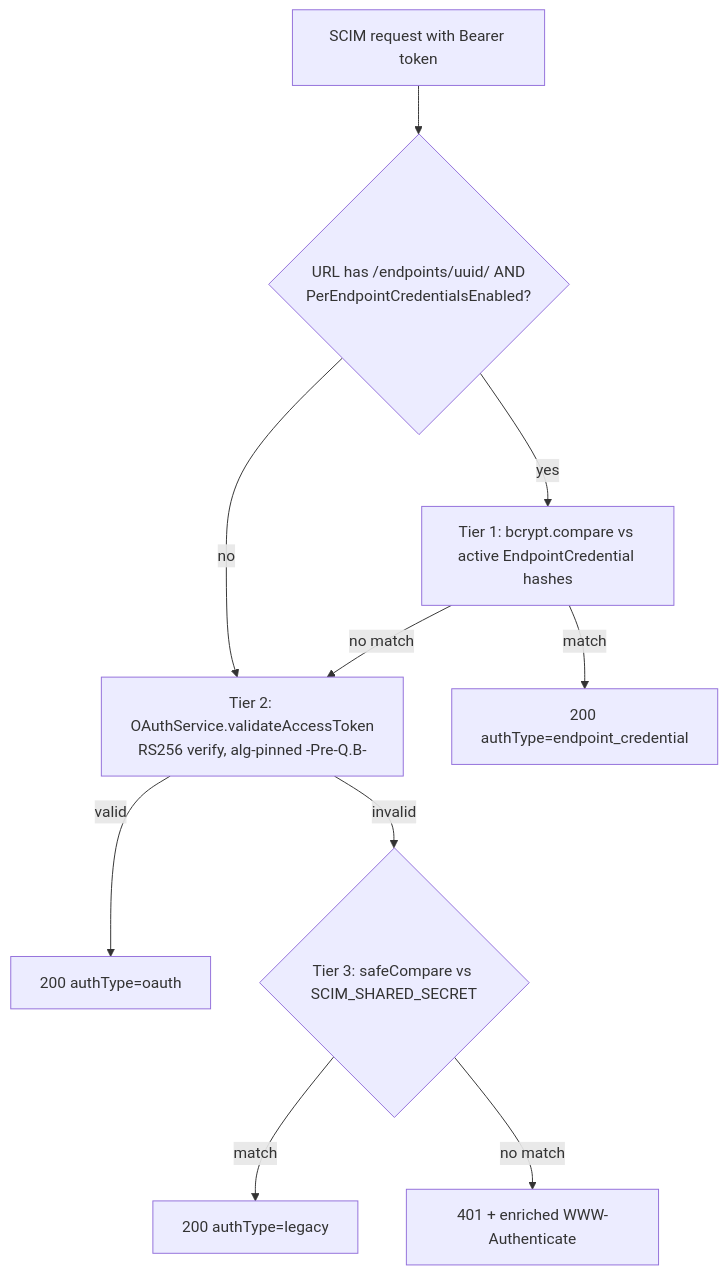
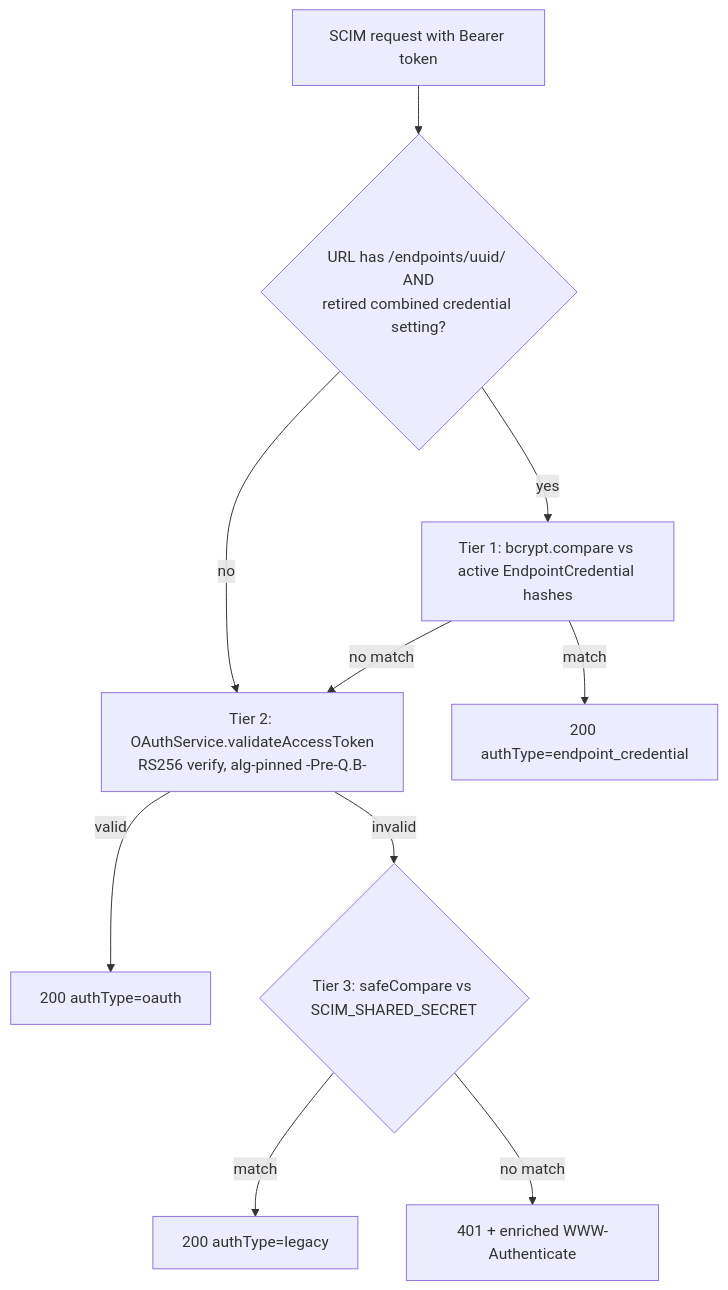
The diagram in docs/auth/OAUTH_DISCOVERY_AND_BEARER_ERRORS.md (pranems/SCIMServer), drawn with Mermaid before and after one commit. The commit also changed 113 other files, not shown here.

Commit message:
feat: retire combined endpoint credential setting

````diff
--- a/docs/auth/OAUTH_DISCOVERY_AND_BEARER_ERRORS.md
+++ b/docs/auth/OAUTH_DISCOVERY_AND_BEARER_ERRORS.md
@@ -9,12 +9,12 @@
 ```mermaid
 flowchart TD
-    A[SCIM request with Bearer token] --> B{URL has /endpoints/uuid/ AND<br/>PerEndpointCredentialsEnabled?}
+    A[SCIM request with Bearer token] --> B{URL has /endpoints/uuid/ AND<br/>retired combined credential setting?}
     B -- yes --> C[Tier 1: bcrypt.compare vs active EndpointCredential hashes]
     B -- no --> D
     C -- match --> OK1[200 authType=endpoint_credential]
     C -- no match --> D[Tier 2: OAuthService.validateAccessToken<br/>RS256 verify, alg-pinned -Pre-Q.B-]
     D -- valid --> OK2[200 authType=oauth]
     D -- invalid --> E{Tier 3: safeCompare vs SCIM_SHARED_SECRET}
     E -- match --> OK3[200 authType=legacy]
     E -- no match --> F[401 + enriched WWW-Authenticate]
 ```
````
